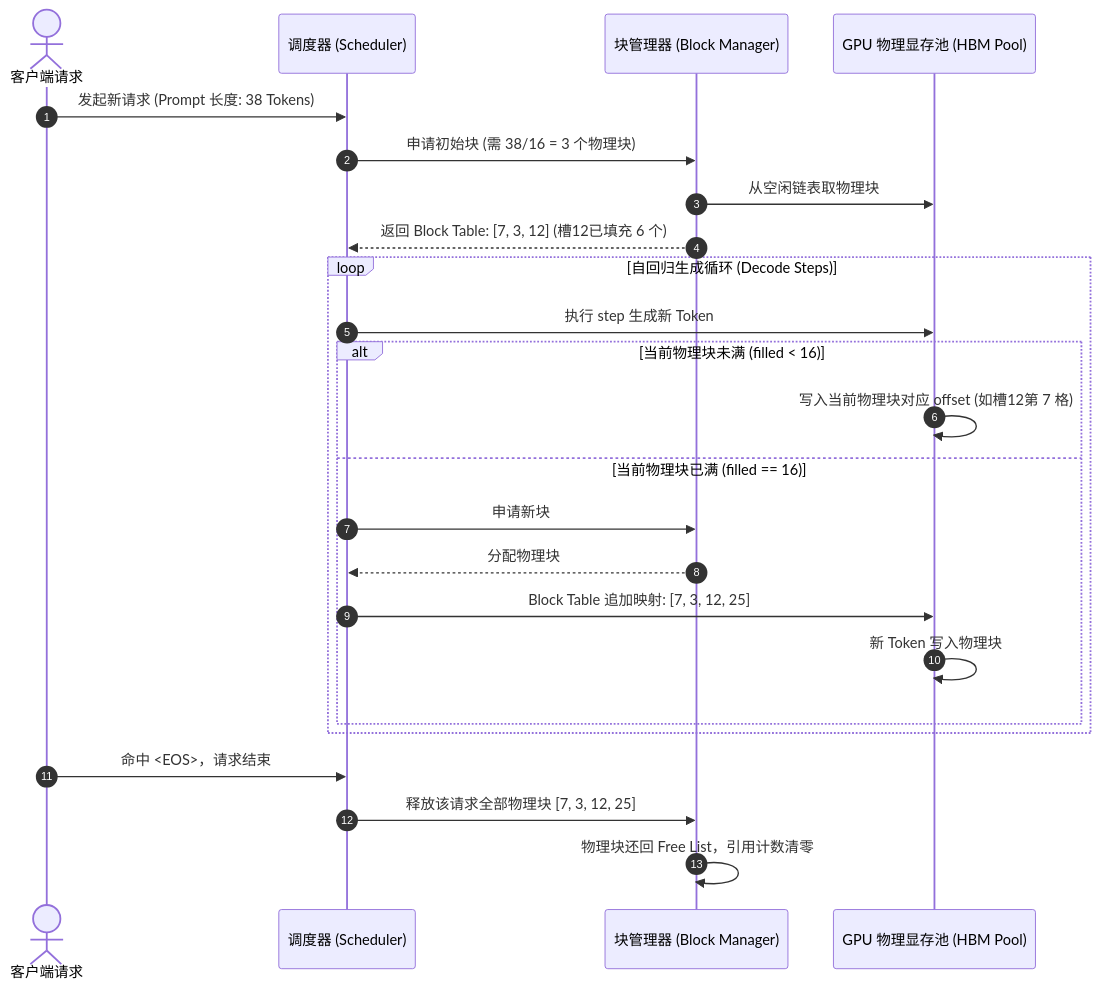
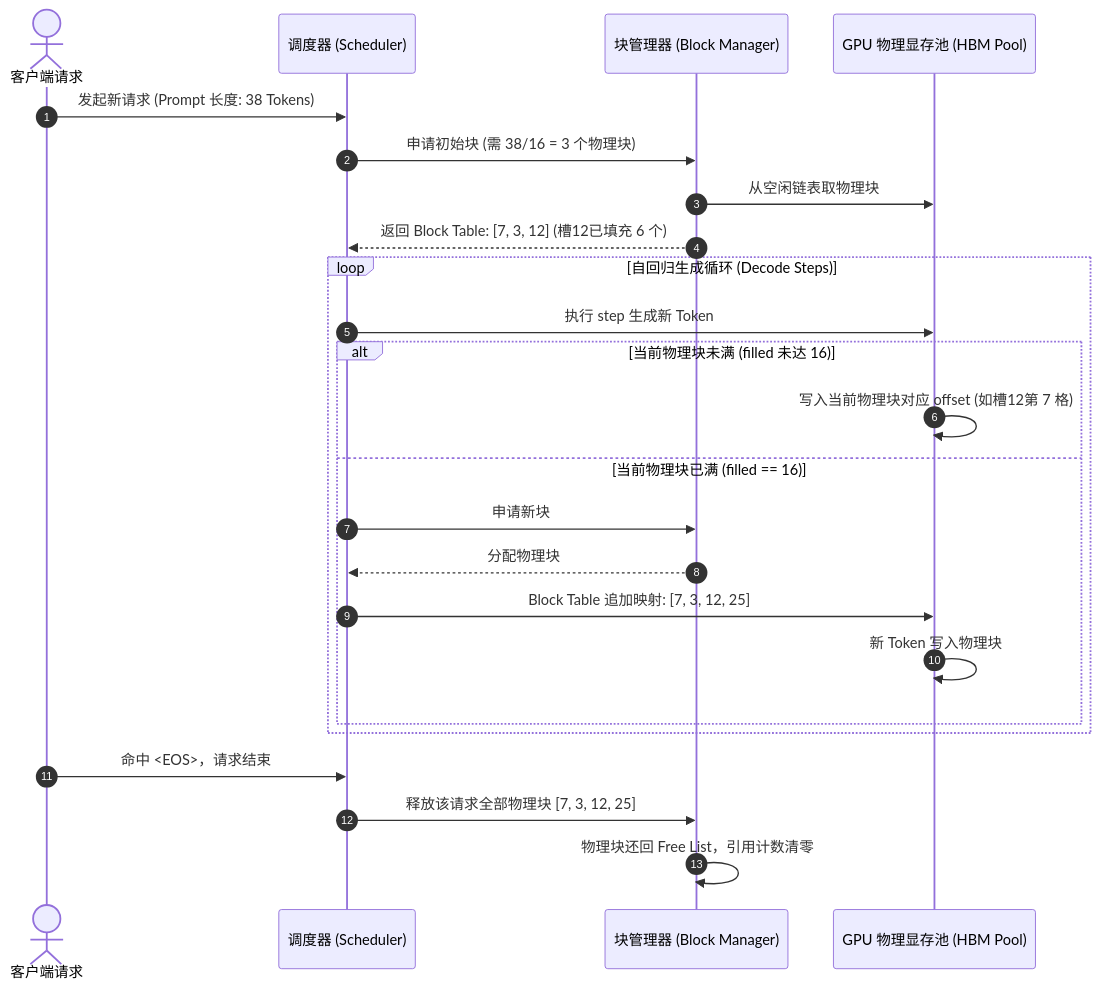
One commit to ifnodoraemon/ifnodoraemon.github.io changed the third of 4 diagrams in content/zh/articles/pagedattention-memory-virtualization.md. Above: the diagram before and after it, drawn with Mermaid. The commit also changed other lines of this file and 114 other files, not shown here.

Commit message:
refactor(taxonomy): consolidate tags into 4 core pillars and integrate automated mermaid verification

````diff
--- a/content/zh/articles/pagedattention-memory-virtualization.md
+++ b/content/zh/articles/pagedattention-memory-virtualization.md
@@ -126,29 +126,29 @@
 ```mermaid
 sequenceDiagram
     autonumber
     actor Client as 客户端请求
     participant Scheduler as 调度器 (Scheduler)
     participant BM as 块管理器 (Block Manager)
     participant GPU as GPU 物理显存池 (HBM Pool)
 
     Client->>Scheduler: 发起新请求 (Prompt 长度: 38 Tokens)
     Scheduler->>BM: 申请初始块 (需 38/16 = 3 个物理块)
     BM->>GPU: 从空闲链表取物理块 #7, #3, #12
     BM-->>Scheduler: 返回 Block Table: [7, 3, 12] (槽12已填充 6 个)
     
     loop 自回归生成循环 (Decode Steps)
         Scheduler->>GPU: 执行 step 生成新 Token
-        alt 当前物理块未满 (filled < 16)
+        alt 当前物理块未满 (filled 未达 16)
             GPU->>GPU: 写入当前物理块对应 offset (如槽12第 7 格)
         else 当前物理块已满 (filled == 16)
             Scheduler->>BM: 申请新块
             BM-->>Scheduler: 分配物理块 #25
             Scheduler->>GPU: Block Table 追加映射: [7, 3, 12, 25]
             GPU->>GPU: 新 Token 写入物理块 #25 第 0 格
         end
     end
 
     Client->>Scheduler: 命中 <EOS>，请求结束
     Scheduler->>BM: 释放该请求全部物理块 [7, 3, 12, 25]
     BM->>BM: 物理块还回 Free List，引用计数清零
 ```
````
